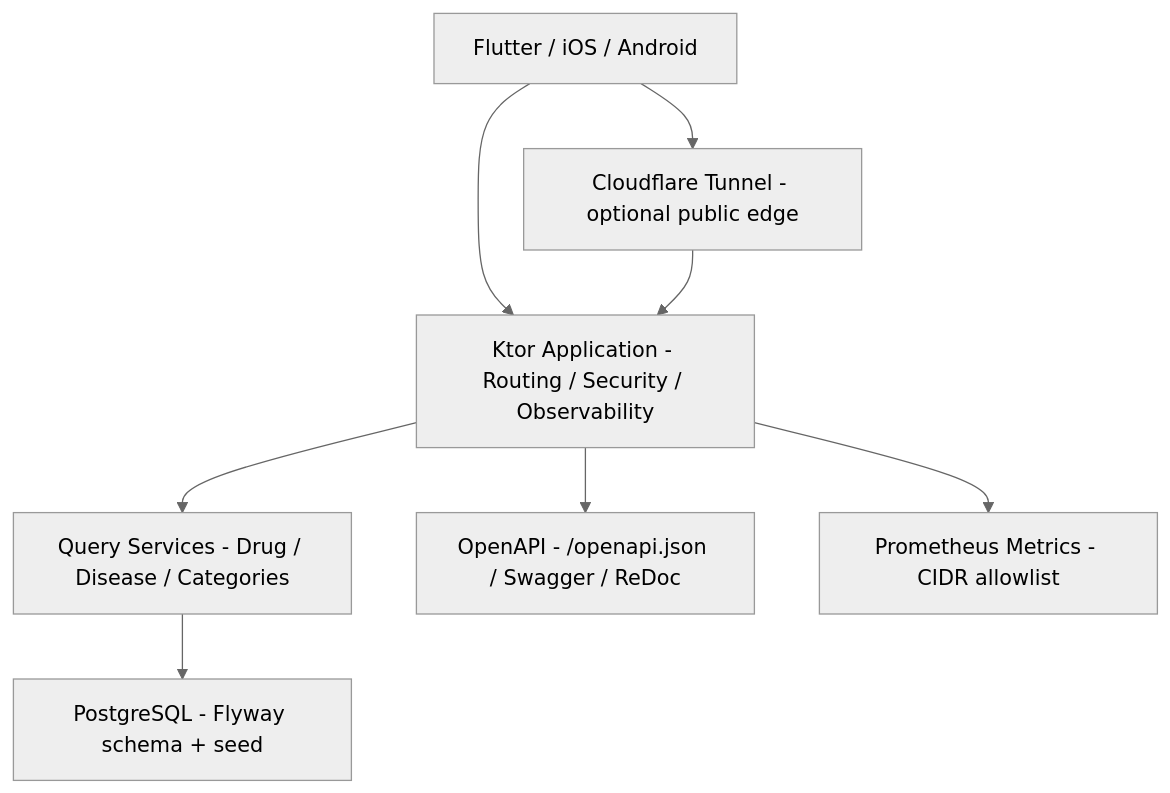
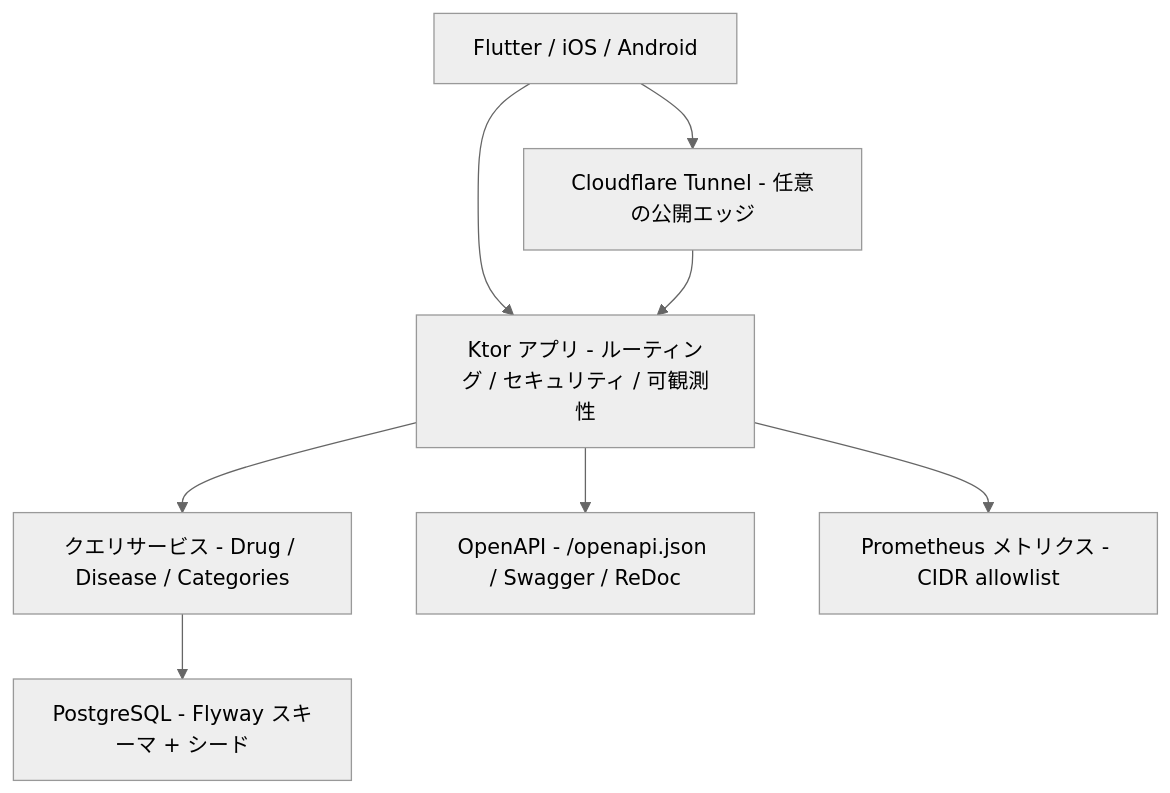
Before and after one commit to Corvus400/fictional-drug-and-disease-ref-backend-kotlin: the diagram in README.md, drawn with Mermaid (neutral theme). The commit also changed other lines of this file, not shown here.

````diff
--- a/README.md
+++ b/README.md
@@ -60,17 +60,17 @@
 ```mermaid
 graph TD
   CLIENT["Flutter / iOS / Android"]
-  TUNNEL["Cloudflare Tunnel - optional public edge"]
-  APP["Ktor Application - Routing / Security / Observability"]
-  SERVICE["Query Services - Drug / Disease / Categories"]
-  DB["PostgreSQL - Flyway schema + seed"]
+  TUNNEL["Cloudflare Tunnel - 任意の公開エッジ"]
+  APP["Ktor アプリ - ルーティング / セキュリティ / 可観測性"]
+  SERVICE["クエリサービス - Drug / Disease / Categories"]
+  DB["PostgreSQL - Flyway スキーマ + シード"]
   OPENAPI["OpenAPI - /openapi.json / Swagger / ReDoc"]
-  METRICS["Prometheus Metrics - CIDR allowlist"]
+  METRICS["Prometheus メトリクス - CIDR allowlist"]
   CLIENT --> TUNNEL
   CLIENT --> APP
   TUNNEL --> APP
   APP --> SERVICE
   SERVICE --> DB
   APP --> OPENAPI
   APP --> METRICS
 ```
````
